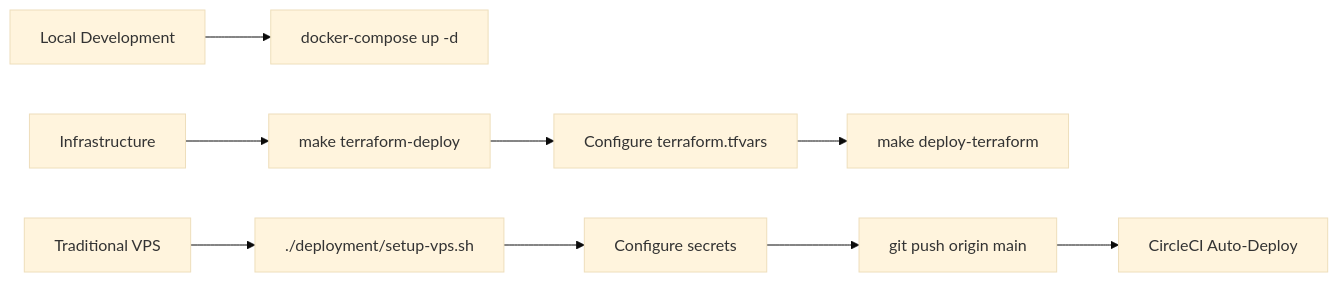
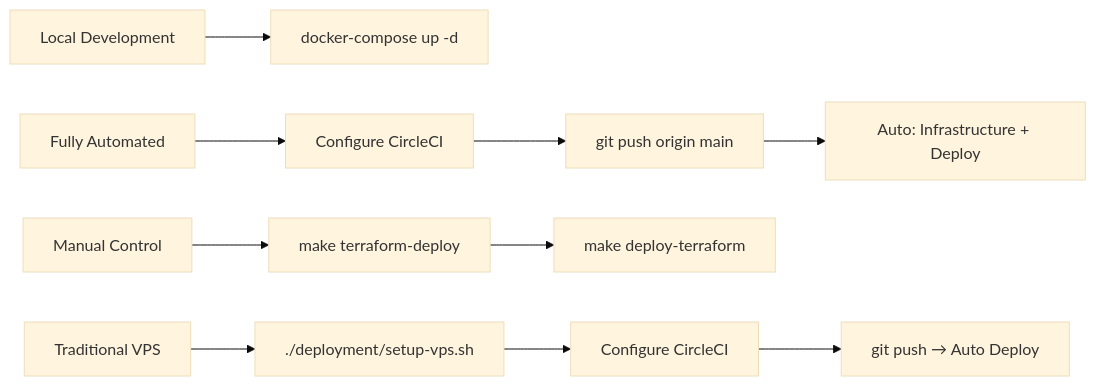
Before and after one commit to solid-computing/AI-Trading: the second of 8 diagrams in readme.md, drawn with Mermaid (base theme). The commit also changed other lines of this file and 3 other files, not shown here.

Commit message:
Integrate Terraform into CircleCI pipeline and streamline setup documentation

````diff
--- a/readme.md
+++ b/readme.md
@@ -39,12 +39,15 @@
 ```mermaid
 graph LR
     A[Local Development] --> B[docker-compose up -d]
-    C[Infrastructure] --> D[make terraform-deploy]
-    D --> E[Configure terraform.tfvars]
-    E --> F[make deploy-terraform]
     
-    G[Traditional VPS] --> H[./deployment/setup-vps.sh]
-    H --> I[Configure secrets]
-    I --> J[git push origin main]
-    J --> K[CircleCI Auto-Deploy]
+    C[Fully Automated] --> D[Configure CircleCI]
+    D --> E[git push origin main]
+    E --> F[Auto: Infrastructure + Deploy]
+    
+    G[Manual Control] --> H[make terraform-deploy]
+    H --> I[make deploy-terraform]
+    
+    J[Traditional VPS] --> K[./deployment/setup-vps.sh]
+    K --> L[Configure CircleCI]
+    L --> M[git push → Auto Deploy]
 ```
````
